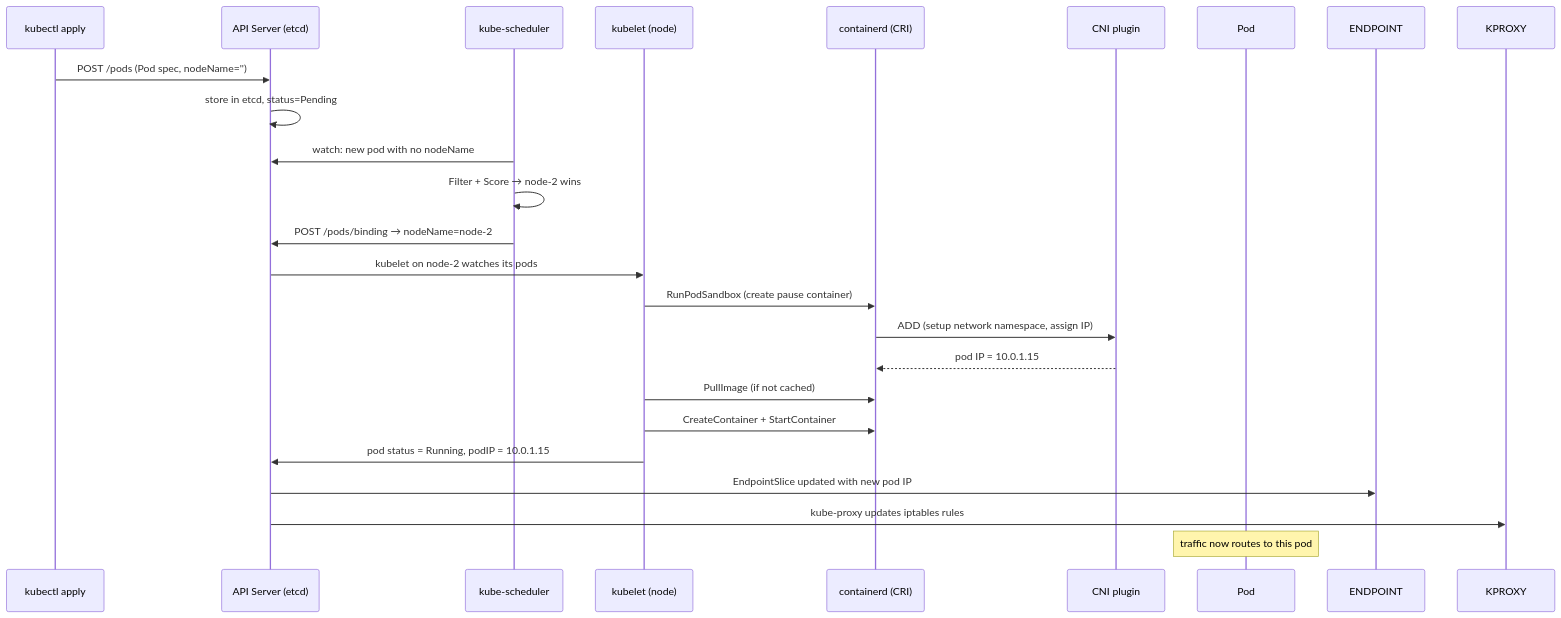
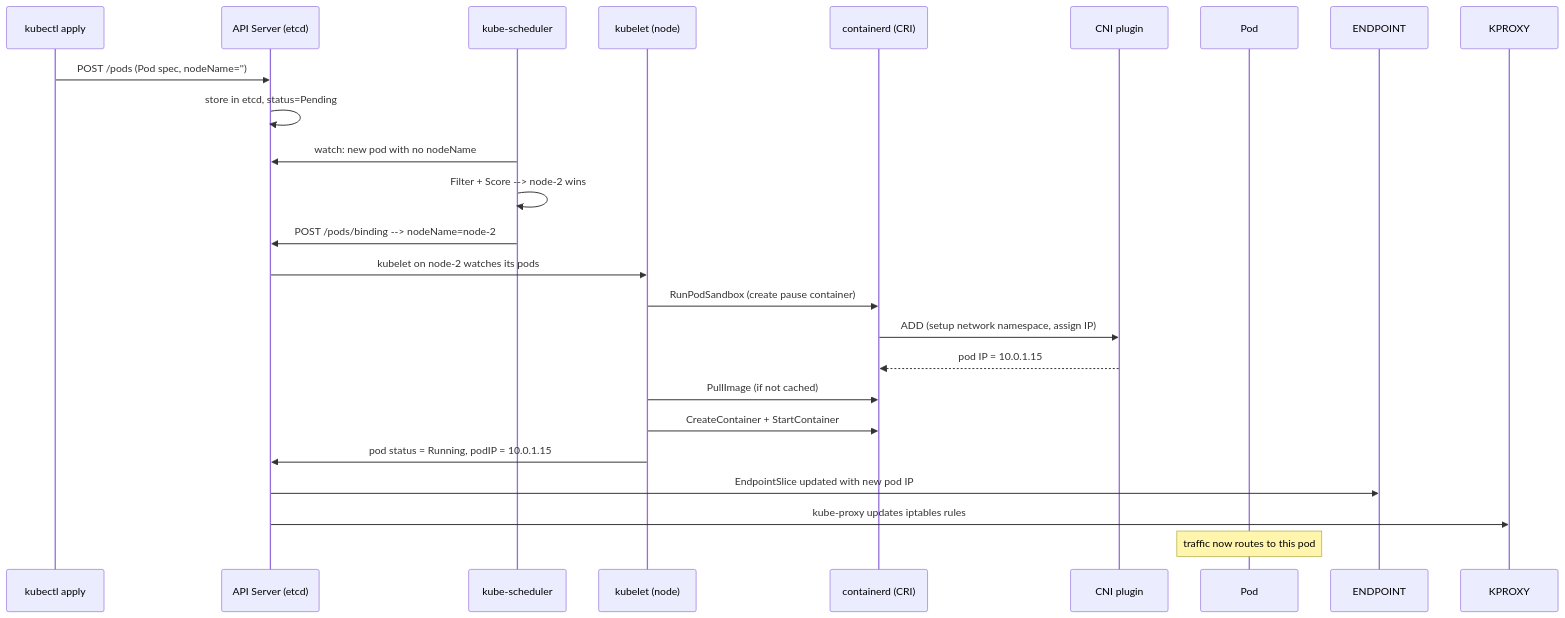
The fifth of 5 diagrams in devops/kubernetes/scheduler-internals.md (deepanshu-rawat6/tour-of-go), drawn with Mermaid before and after one commit. The commit also changed other lines of this file and 25 other files, not shown here.

````diff
--- a/devops/kubernetes/scheduler-internals.md
+++ b/devops/kubernetes/scheduler-internals.md
@@ -110,29 +110,29 @@
 ```mermaid
 sequenceDiagram
     participant USER as kubectl apply
     participant API as API Server (etcd)
     participant SCHED as kube-scheduler
     participant KUBELET as kubelet (node)
     participant CRI as containerd (CRI)
     participant CNI as CNI plugin
     participant POD as Pod
 
     USER->>API: POST /pods (Pod spec, nodeName='')
     API->>API: store in etcd, status=Pending
 
     SCHED->>API: watch: new pod with no nodeName
-    SCHED->>SCHED: Filter + Score → node-2 wins
-    SCHED->>API: POST /pods/binding → nodeName=node-2
+    SCHED->>SCHED: Filter + Score --> node-2 wins
+    SCHED->>API: POST /pods/binding --> nodeName=node-2
 
     API->>KUBELET: kubelet on node-2 watches its pods
     KUBELET->>CRI: RunPodSandbox (create pause container)
     CRI->>CNI: ADD (setup network namespace, assign IP)
     CNI-->>CRI: pod IP = 10.0.1.15
     KUBELET->>CRI: PullImage (if not cached)
     KUBELET->>CRI: CreateContainer + StartContainer
     KUBELET->>API: pod status = Running, podIP = 10.0.1.15
 
     API->>ENDPOINT: EndpointSlice updated with new pod IP
     API->>KPROXY: kube-proxy updates iptables rules
     Note over POD: traffic now routes to this pod
 ```
````
